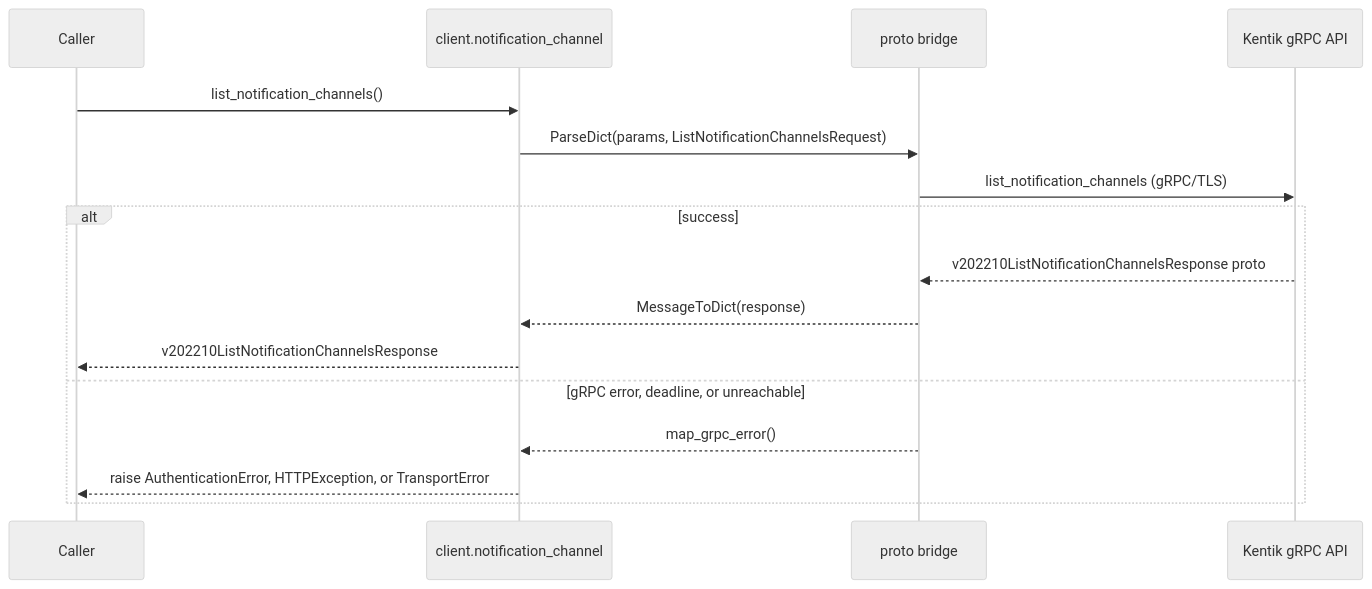
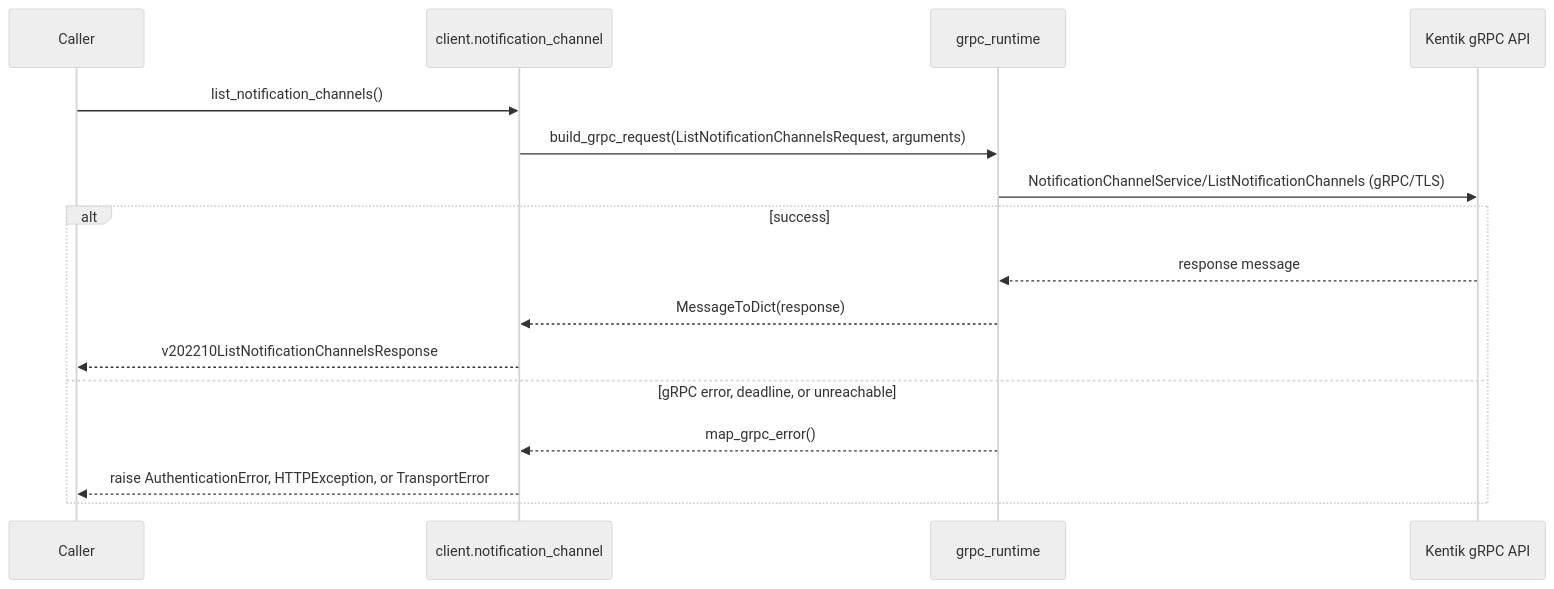
The third of 8 diagrams in docs/sphinx/services/notification_channel.md (alexdearaujo/community_sdk_python), drawn with Mermaid (neutral theme) before and after one commit. The commit also changed other lines of this file and 37 other files, not shown here.

First line of the commit message:
docs: show the real RPC in each service page's gRPC diagram

````diff
--- a/docs/sphinx/services/notification_channel.md
+++ b/docs/sphinx/services/notification_channel.md
@@ -59,19 +59,19 @@
 ```mermaid
 sequenceDiagram
     participant C as Caller
     participant W as client.notification_channel
-    participant B as proto bridge
+    participant R as grpc_runtime
     participant API as Kentik gRPC API
 
     C->>W: list_notification_channels()
-    W->>B: ParseDict(params, ListNotificationChannelsRequest)
-    B->>API: list_notification_channels (gRPC/TLS)
+    W->>R: build_grpc_request(ListNotificationChannelsRequest, arguments)
+    R->>API: NotificationChannelService/ListNotificationChannels (gRPC/TLS)
     alt success
-        API-->>B: v202210ListNotificationChannelsResponse proto
-        B-->>W: MessageToDict(response)
+        API-->>R: response message
+        R-->>W: MessageToDict(response)
         W-->>C: v202210ListNotificationChannelsResponse
     else gRPC error, deadline, or unreachable
-        B-->>W: map_grpc_error()
+        R-->>W: map_grpc_error()
         W-->>C: raise AuthenticationError, HTTPException, or TransportError
     end
 ```
````
